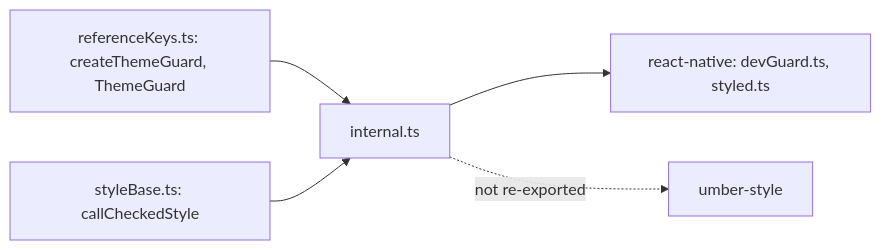
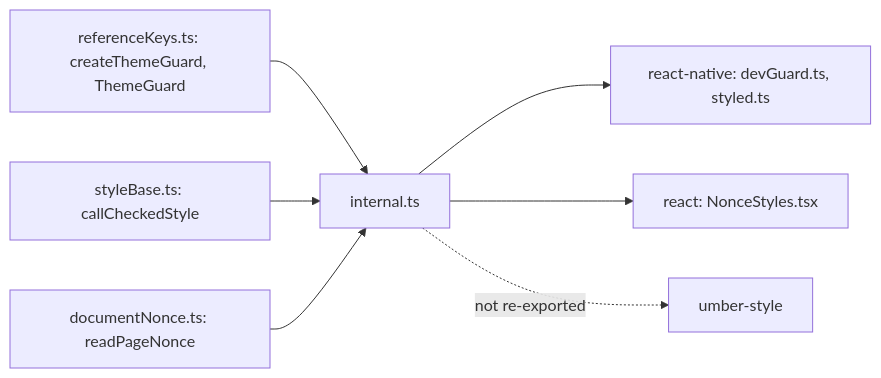
The diagram in packages/core/src/internal.md (soroush-tech/umber-style), drawn with Mermaid before and after one commit. The commit also changed other lines of this file and 42 other files, not shown here.

Commit message:
fix: a client component under a server ThemeProvider gets the base theme on every path, and the browser cache's style elements take the page's nonce, so styles built in the browser apply under a strict policy - close #71

````diff
--- a/packages/core/src/internal.md
+++ b/packages/core/src/internal.md
@@ -28,7 +30,9 @@
 ```mermaid
 flowchart LR
   guardSource["referenceKeys.ts: createThemeGuard, ThemeGuard"] --> entry["internal.ts"]
   callSource["styleBase.ts: callCheckedStyle"] --> entry
+  nonceSource["documentNonce.ts: readPageNonce"] --> entry
   entry --> native["react-native: devGuard.ts, styled.ts"]
+  entry --> react["react: NonceStyles.tsx"]
   entry -. "not re-exported" .-> umbrella["umber-style"]
 ```
````
